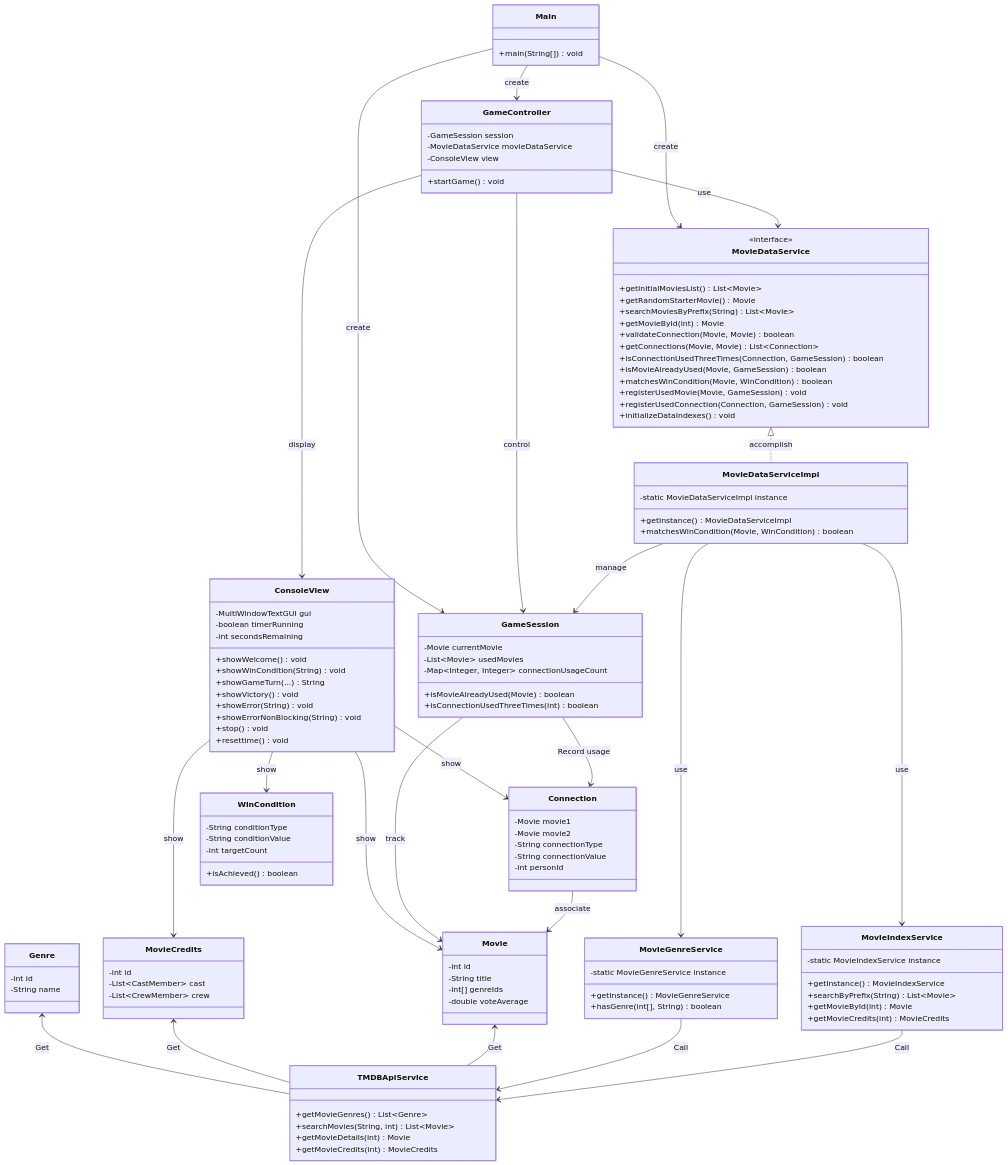
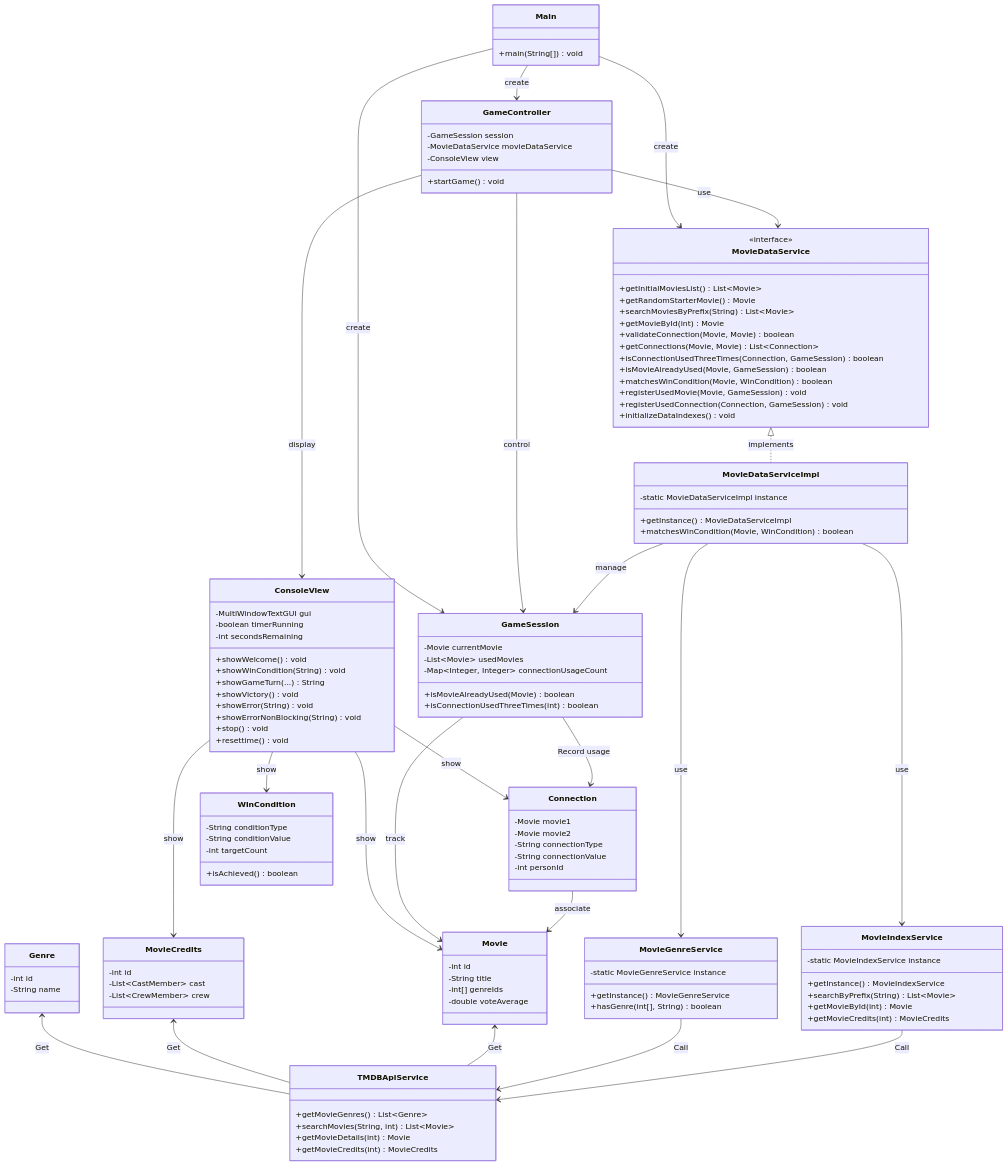
Before and after one commit to cit5940-25sp/cit-5940-final-project-group-4: the diagram in README.md, drawn with Mermaid.

```diff
--- a/README.md
+++ b/README.md
@@ -380,7 +380,7 @@
     }
 
     %% Core Relationships
-    MovieDataService <|.. MovieDataServiceImpl : accomplish
+    MovieDataService <|.. MovieDataServiceImpl : implements
     MovieDataServiceImpl --> MovieIndexService : use
     MovieDataServiceImpl --> MovieGenreService : use
     MovieDataServiceImpl --> GameSession : manage
```
